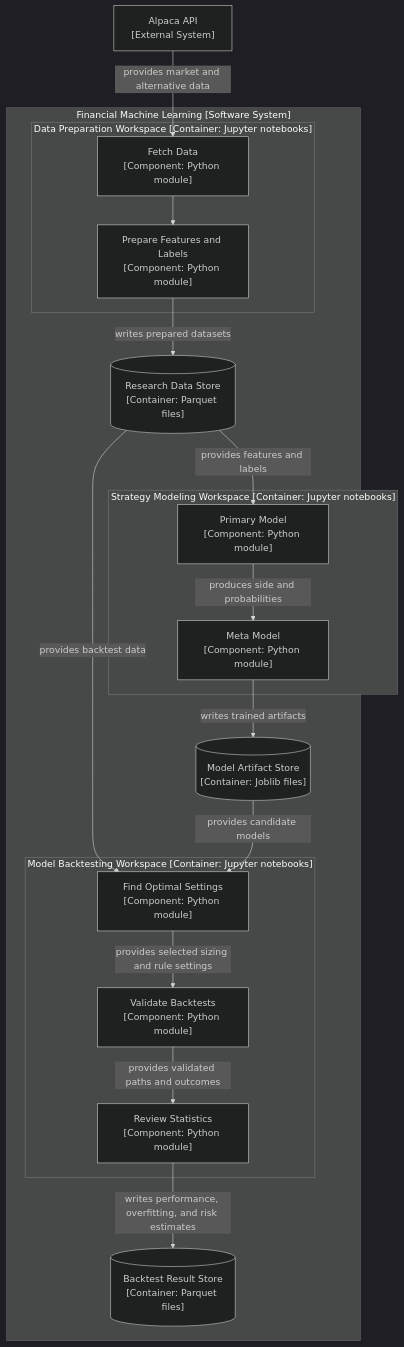
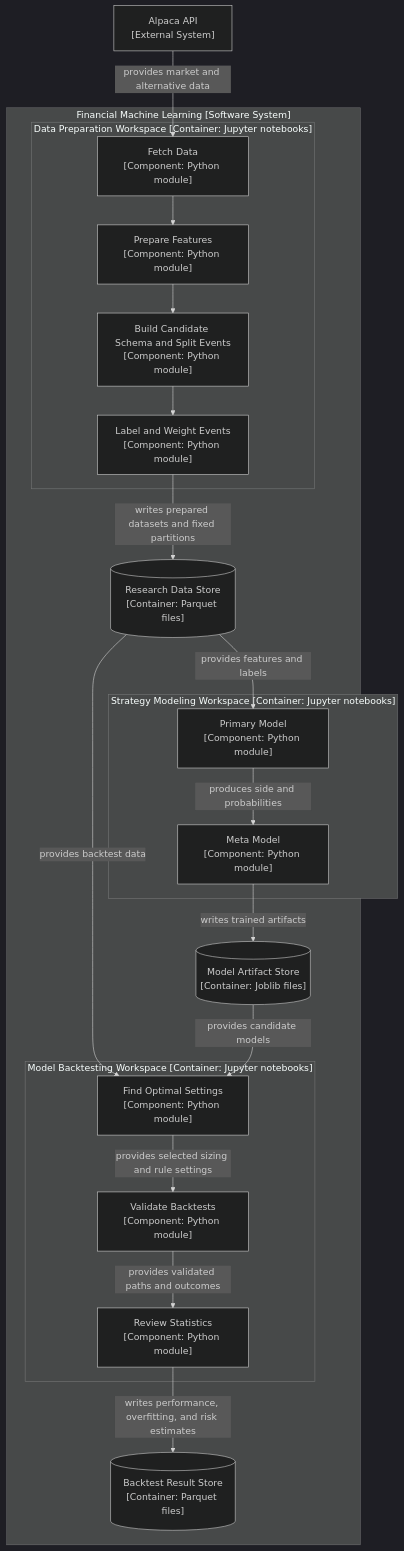
One commit to kwonjunhyuk9/financial-machine-learning changed the third of 3 diagrams in docs/architecture.md. Above: the diagram before and after it, drawn with Mermaid (dark theme). The commit also changed 18 other files, not shown here.

````diff
--- a/docs/architecture.md
+++ b/docs/architecture.md
@@ -68,39 +68,43 @@
 ```mermaid
 flowchart TD
     alpaca["Alpaca API<br/>[External System]"]
 
     subgraph system["Financial Machine Learning [Software System]"]
         data_store[("Research Data Store<br/>[Container: Parquet files]")]
         model_store[("Model Artifact Store<br/>[Container: Joblib files]")]
         result_store[("Backtest Result Store<br/>[Container: Parquet files]")]
 
         subgraph prep_workspace["Data Preparation Workspace [Container: Jupyter notebooks]"]
             fetch_data["Fetch Data<br/>[Component: Python module]"]
-            prepare_data["Prepare Features and Labels<br/>[Component: Python module]"]
+            prepare_data["Prepare Features<br/>[Component: Python module]"]
+            split_events["Build Candidate Schema and Split Events<br/>[Component: Python module]"]
+            label_events["Label and Weight Events<br/>[Component: Python module]"]
         end
 
         subgraph strategy_workspace["Strategy Modeling Workspace [Container: Jupyter notebooks]"]
             primary_model["Primary Model<br/>[Component: Python module]"]
             meta_model["Meta Model<br/>[Component: Python module]"]
         end
 
         subgraph backtest_workspace["Model Backtesting Workspace [Container: Jupyter notebooks]"]
             find_settings["Find Optimal Settings<br/>[Component: Python module]"]
             validate_backtests["Validate Backtests<br/>[Component: Python module]"]
             review_statistics["Review Statistics<br/>[Component: Python module]"]
         end
 
     end
 
     alpaca -->|" provides market and alternative data "| fetch_data
     fetch_data --> prepare_data
-    prepare_data -->|" writes prepared datasets "| data_store
+    prepare_data --> split_events
+    split_events --> label_events
+    label_events -->|" writes prepared datasets and fixed partitions "| data_store
     data_store -->|" provides features and labels "| primary_model
     primary_model -->|" produces side and probabilities "| meta_model
     meta_model -->|" writes trained artifacts "| model_store
     data_store -->|" provides backtest data "| find_settings
     model_store -->|" provides candidate models "| find_settings
     find_settings -->|" provides selected sizing and rule settings "| validate_backtests
     validate_backtests -->|" provides validated paths and outcomes "| review_statistics
     review_statistics -->|" writes performance, overfitting, and risk estimates "| result_store
 ```
````
